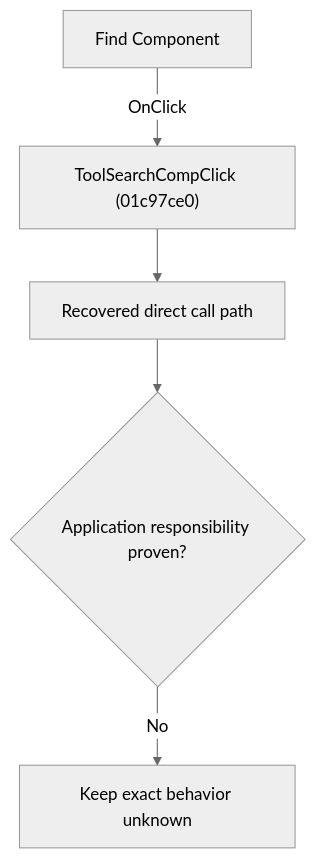
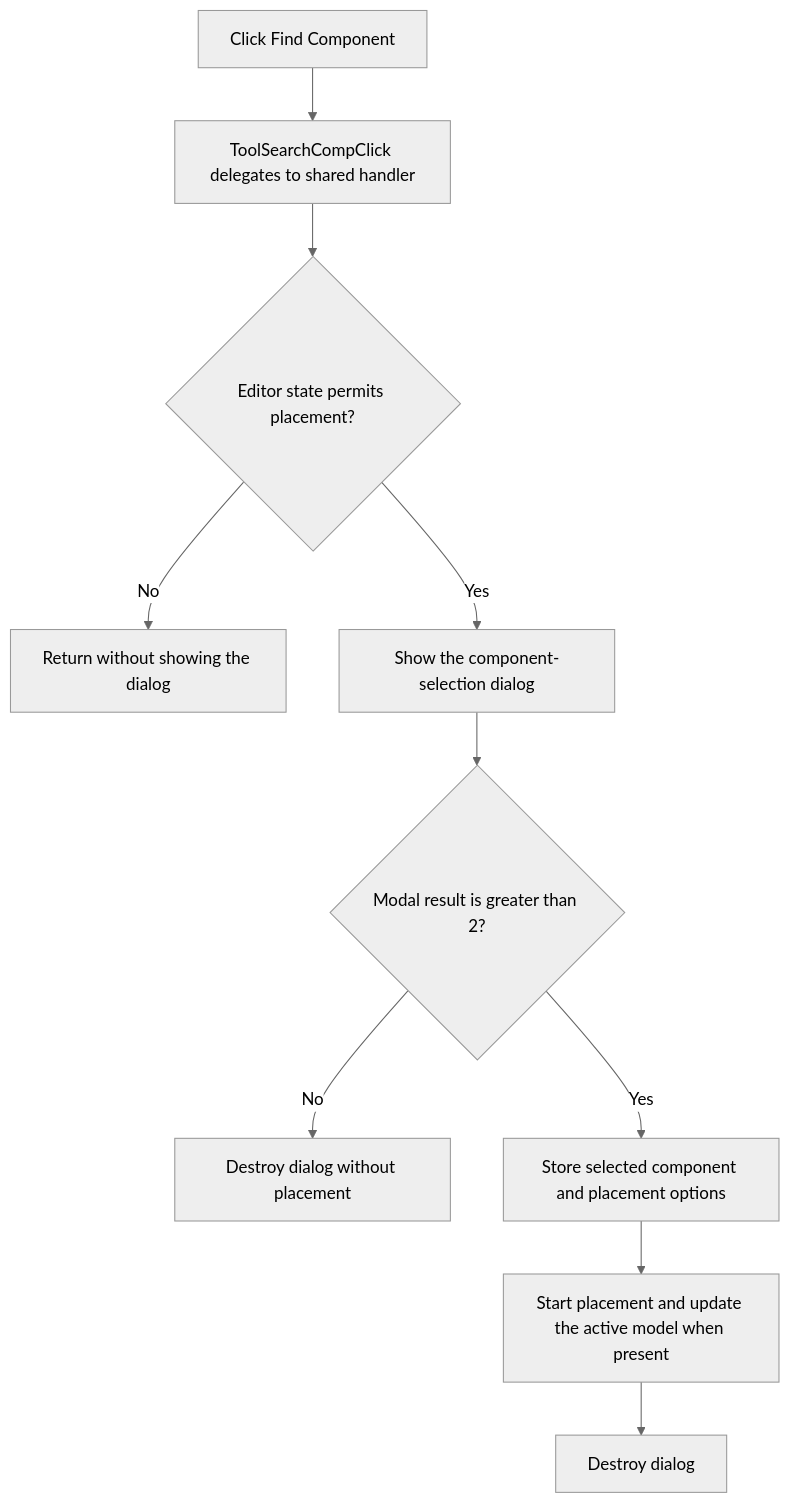
One commit to MovGP0/TIARA changed the diagram in docs/ui-controls/schematiceditor/toolsearchcomp-98fe33fe18.md. Above: the diagram before and after it, drawn with Mermaid (neutral theme). The commit also changed other lines of this file and 241 other files, not shown here.

````diff
--- a/docs/ui-controls/schematiceditor/toolsearchcomp-98fe33fe18.md
+++ b/docs/ui-controls/schematiceditor/toolsearchcomp-98fe33fe18.md
@@ -27,7 +27,12 @@
 ```mermaid
 flowchart TD
-    control["Find Component"] -->|"OnClick"| handler["ToolSearchCompClick (01c97ce0)"]
-    handler --> recovered["Recovered direct call path"]
-    recovered --> gap{"Application responsibility proven?"}
-    gap -->|"No"| blocked["Keep exact behavior unknown"]
+    control["Click Find Component"] --> delegate["ToolSearchCompClick delegates to shared handler"]
+    delegate --> allowed{"Editor state permits placement?"}
+    allowed -->|"No"| noop["Return without showing the dialog"]
+    allowed -->|"Yes"| dialog["Show the component-selection dialog"]
+    dialog --> result{"Modal result is greater than 2?"}
+    result -->|"No"| cancel["Destroy dialog without placement"]
+    result -->|"Yes"| selection["Store selected component and placement options"]
+    selection --> command["Start placement and update the active model when present"]
+    command --> cleanup["Destroy dialog"]
 ```
````
